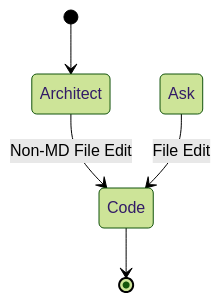
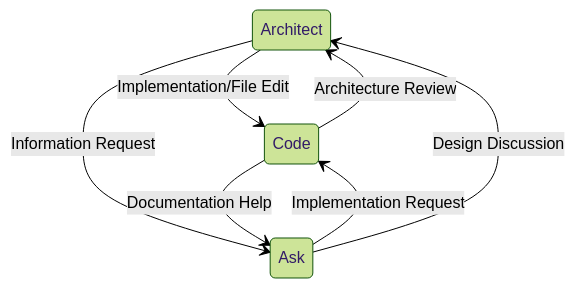
Before and after one commit to shaunie2fly/roo-code-memory-bank: the second of 2 diagrams in developer-primer.md, drawn with Mermaid (forest theme). The commit also changed other lines of this file and 4 other files, not shown here.

Commit message:
Update Memory Bank and documentation for intelligent mode switching implementation

````diff
--- a/developer-primer.md
+++ b/developer-primer.md
@@ -101,7 +101,9 @@
 ```mermaid
 stateDiagram-v2
-    [*] --> Architect
-    Architect --> Code : Non-MD File Edit
-    Ask --> Code : File Edit
-    Code --> [*]
+    Architect --> Code : Implementation/File Edit
+    Architect --> Ask : Information Request
+    Ask --> Code : Implementation Request
+    Ask --> Architect : Design Discussion
+    Code --> Architect : Architecture Review
+    Code --> Ask : Documentation Help
 ```
````
